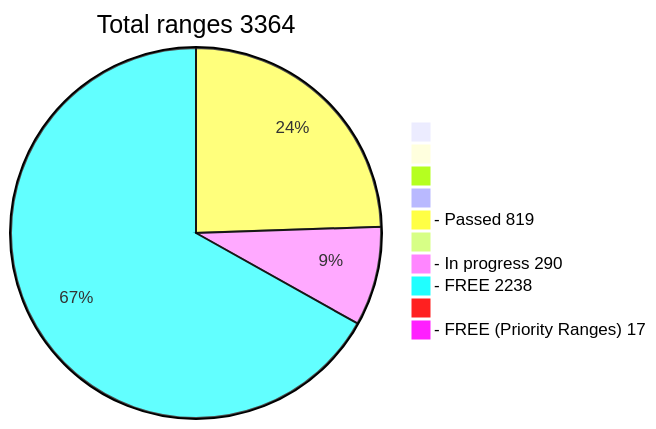
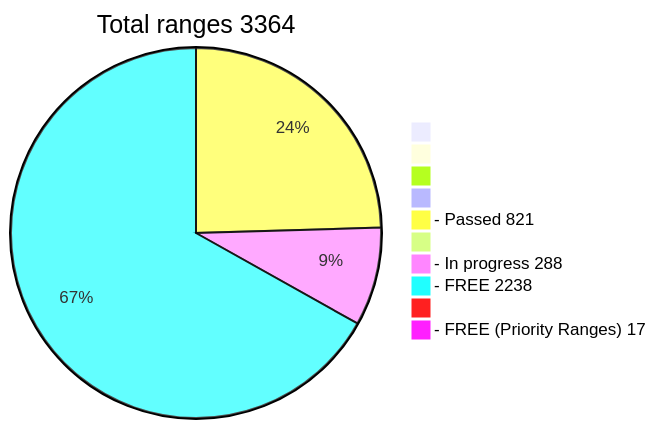
Before and after one commit to phrutis/wif500: the diagram in README.md, drawn with Mermaid.

````diff
--- a/README.md
+++ b/README.md
@@ -16,13 +16,13 @@
 ```mermaid
 pie title Total ranges 3364
              " " : 0
             "  " : 0
            "   " : 0
           "    " : 0
-  "- Passed 819" : 819
+  "- Passed 821" : 821
          "     " : 0
-  "- In progress 290" : 290
+  "- In progress 288" : 288
    "- FREE 2238" : 2238
         "      " : 0
   "- FREE (Priority Ranges) 17" : 17
 ```
````
